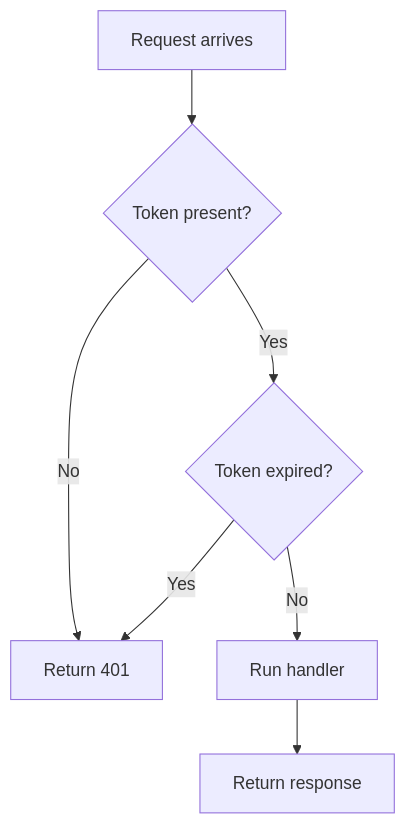
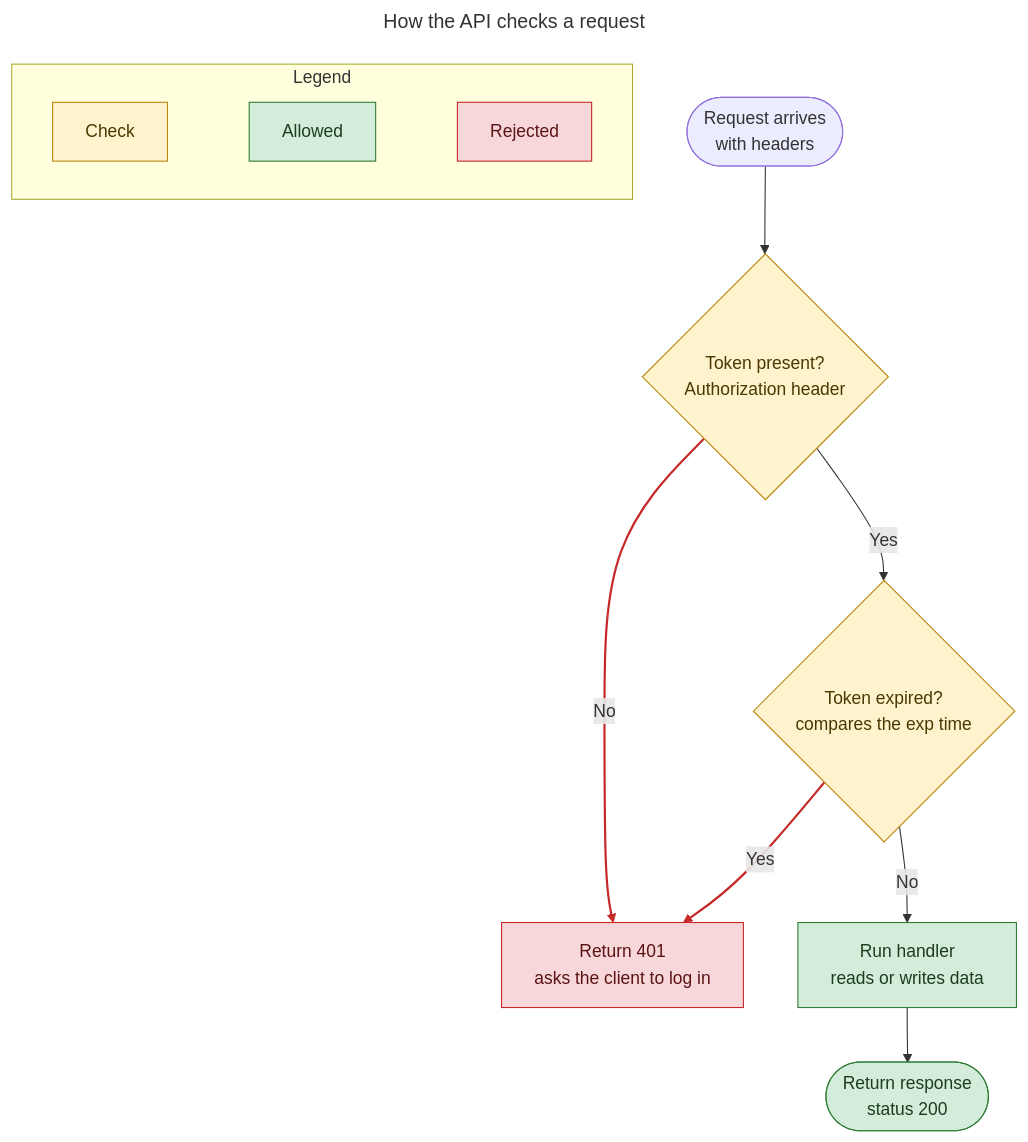
The fourth of 6 diagrams in skills/diagram-explainer/references/diagram-types.md (norton77930/understanding-ai-outputs), drawn with Mermaid before and after one commit. The commit also changed other lines of this file and 7 other files, not shown here.

First line of the commit message:
feat(diagram-explainer): size to topic, two-line labels, title, colors with legend, LR for pipelines (#46)

````diff
--- a/skills/diagram-explainer/references/diagram-types.md
+++ b/skills/diagram-explainer/references/diagram-types.md
@@ -53,9 +120,26 @@
 ```mermaid
+---
+title: How the API checks a request
+---
 flowchart TD
-    A[Request arrives] --> B{Token present?}
-    B -->|No| C[Return 401]
-    B -->|Yes| D{Token expired?}
+    A(["Request arrives<br>with headers"]) --> B{"Token present?<br>Authorization header"}
+    B -->|No| C["Return 401<br>asks the client to log in"]
+    B -->|Yes| D{"Token expired?<br>compares the exp time"}
     D -->|Yes| C
-    D -->|No| E[Run handler]
-    E --> F[Return response]
+    D -->|No| E["Run handler<br>reads or writes data"]
+    E --> F(["Return response<br>status 200"])
+    subgraph legend [Legend]
+        direction LR
+        k1["Check"]:::check
+        k2["Allowed"]:::ok
+        k3["Rejected"]:::bad
+        k1 ~~~ k2 ~~~ k3
+    end
+    classDef check fill:#fff3cd,stroke:#b8860b,color:#4a3800
+    classDef ok fill:#d4edda,stroke:#2e7d32,color:#1b3d1f
+    classDef bad fill:#f8d7da,stroke:#c62828,color:#5a1414
+    class B,D check
+    class E,F ok
+    class C bad
+    linkStyle 1,3 stroke:#c62828,stroke-width:2px
 ```
````
